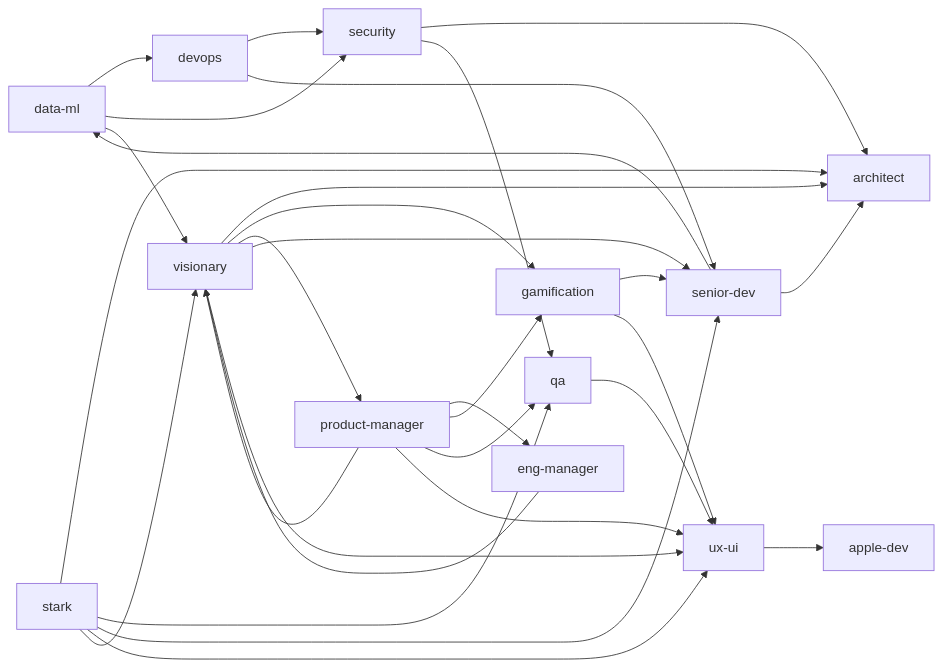
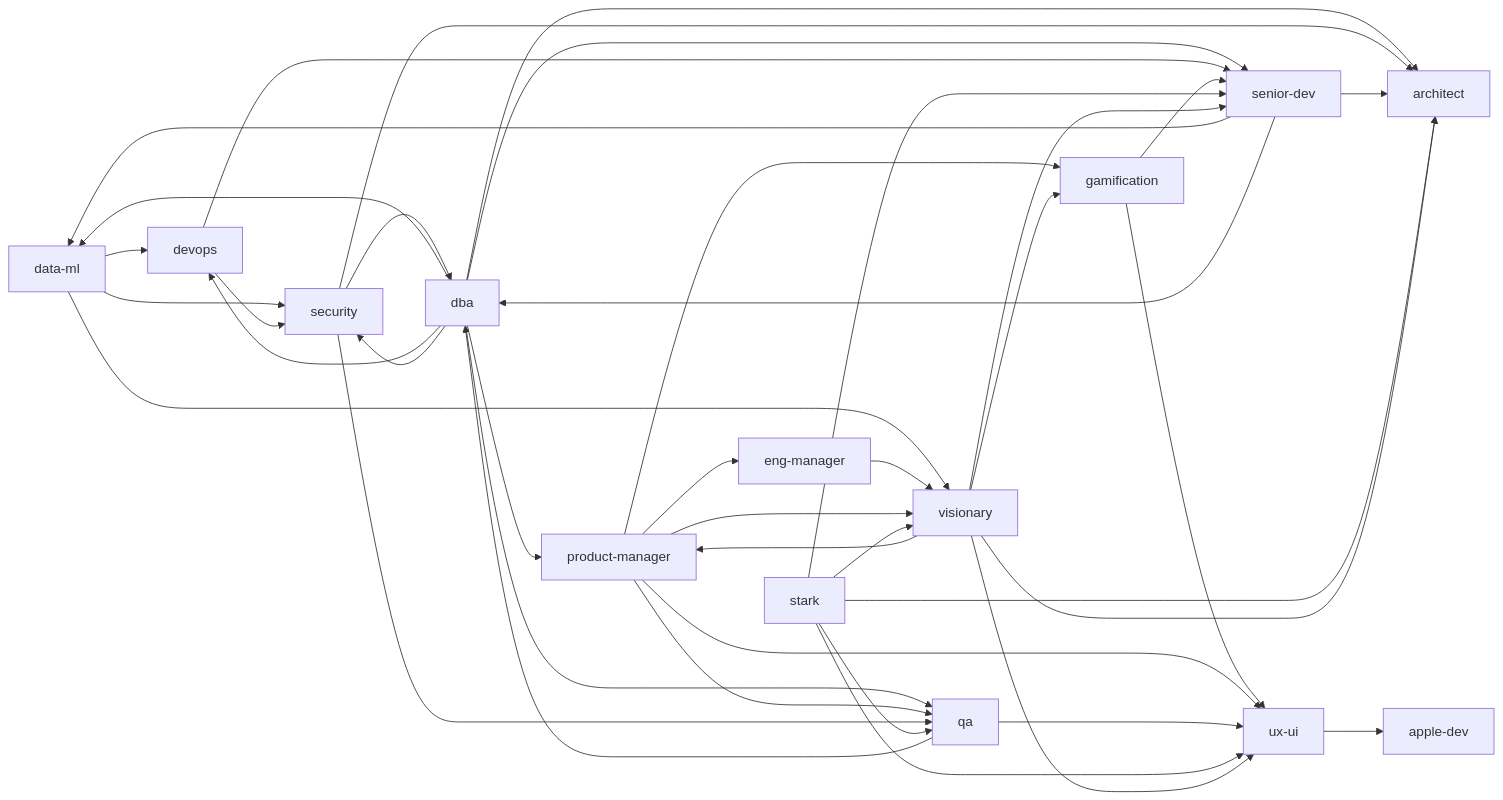
One commit to jrodrigopuca/local-agents changed the second of 4 diagrams in GRAPH.md. Above: the diagram before and after it, drawn with Mermaid. The commit also changed other lines of this file and 12 other files, not shown here.

````diff
--- a/GRAPH.md
+++ b/GRAPH.md
@@ -57,42 +58,53 @@
 ```mermaid
 flowchart LR
     data-ml --> devops
     data-ml --> security
     data-ml --> visionary
+
+    dba --> architect
+    dba --> data-ml
+    dba --> devops
+    dba --> product-manager
+    dba --> qa
+    dba --> security
+    dba --> senior-dev
 
     devops --> security
     devops --> senior-dev
 
     eng-manager --> visionary
 
     gamification --> senior-dev
     gamification --> ux-ui
 
     product-manager --> eng-manager
     product-manager --> gamification
     product-manager --> qa
     product-manager --> ux-ui
     product-manager --> visionary
 
+    qa --> dba
     qa --> ux-ui
 
     security --> architect
+    security --> dba
     security --> qa
 
     senior-dev --> architect
     senior-dev --> data-ml
+    senior-dev --> dba
 
     stark --> architect
     stark --> qa
     stark --> senior-dev
     stark --> ux-ui
     stark --> visionary
 
     ux-ui --> apple-dev
 
     visionary --> architect
     visionary --> gamification
     visionary --> product-manager
     visionary --> senior-dev
     visionary --> ux-ui
 ```
````
